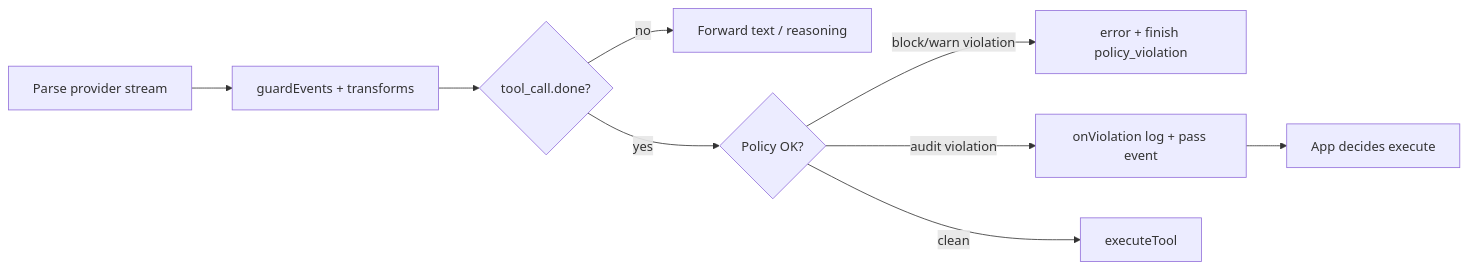
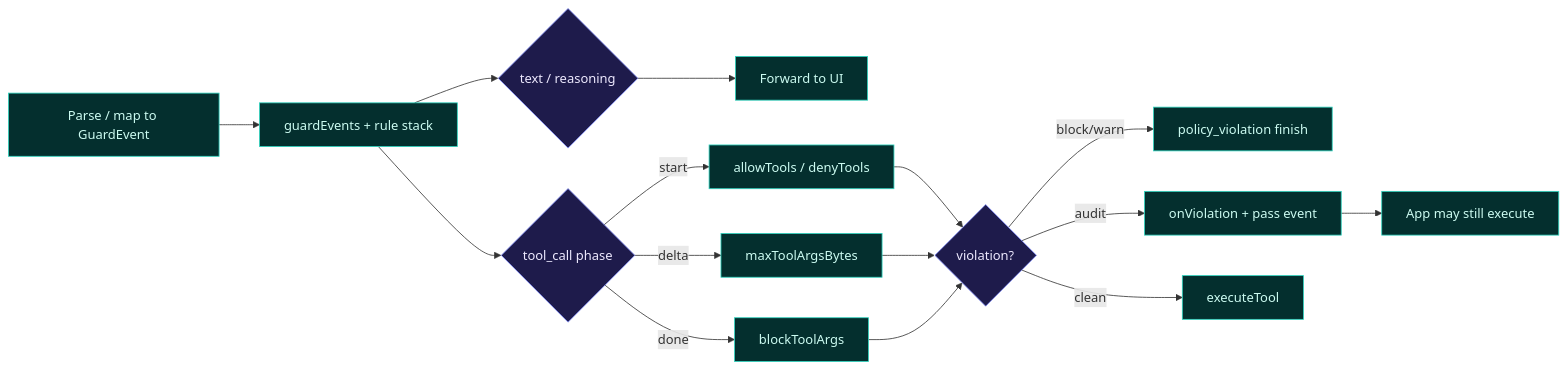
The diagram in docs/img/agent-gate-loop.mmd (01laky/llm-stream-guard), drawn with Mermaid before and after one commit. The commit also changed 35 other files, not shown here.

First line of the commit message:
Docs: beginner guides, reference docs, and diagram overhaul (0.8.0 prep).

```diff
--- a/docs/img/agent-gate-loop.mmd
+++ b/docs/img/agent-gate-loop.mmd
@@ -1,9 +1,21 @@
 flowchart LR
-  A[Parse provider stream] --> B[guardEvents + transforms]
-  B --> C{tool_call.done?}
-  C -->|no| D[Forward text / reasoning]
-  C -->|yes| E{Policy OK?}
-  E -->|block/warn violation| F[error + finish policy_violation]
-  E -->|audit violation| G[onViolation log + pass event]
-  E -->|clean| H[executeTool]
-  G --> I[App decides execute]
+  A[Parse / map to GuardEvent] --> B[guardEvents + rule stack]
+  B --> C{text / reasoning}
+  C --> D[Forward to UI]
+  B --> E{tool_call phase}
+  E -->|start| F[allowTools / denyTools]
+  E -->|delta| G[maxToolArgsBytes]
+  E -->|done| H[blockToolArgs]
+  F --> I{violation?}
+  G --> I
+  H --> I
+  I -->|block/warn| J[policy_violation finish]
+  I -->|audit| K[onViolation + pass event]
+  I -->|clean| L[executeTool]
+  K --> M[App may still execute]
+
+  classDef flow fill:#042f2e,stroke:#2dd4bf,color:#ccfbf1
+  classDef decision fill:#1e1b4b,stroke:#818cf8,color:#ede9fe
+  class A,B,D,L,M flow
+  class C,E,I decision
+  class F,G,H,J,K flow
```
